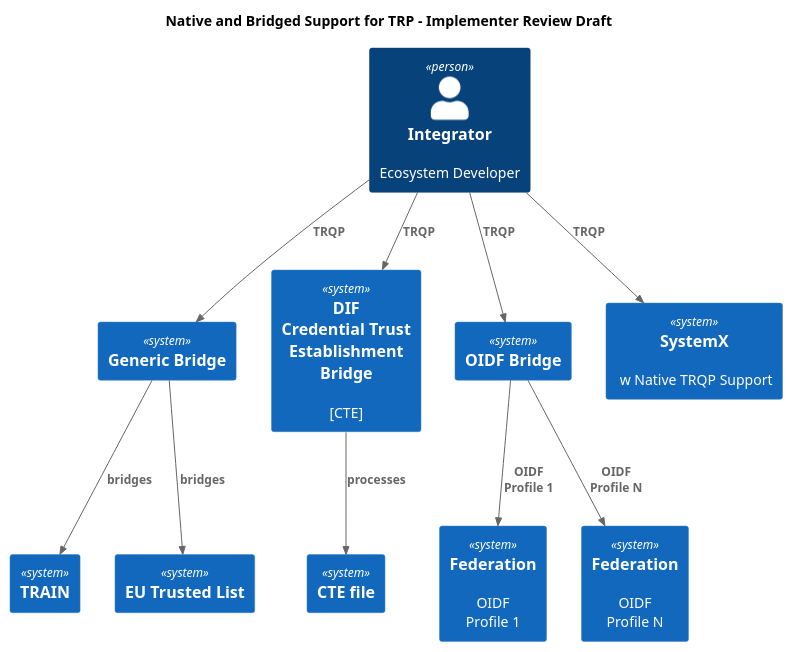
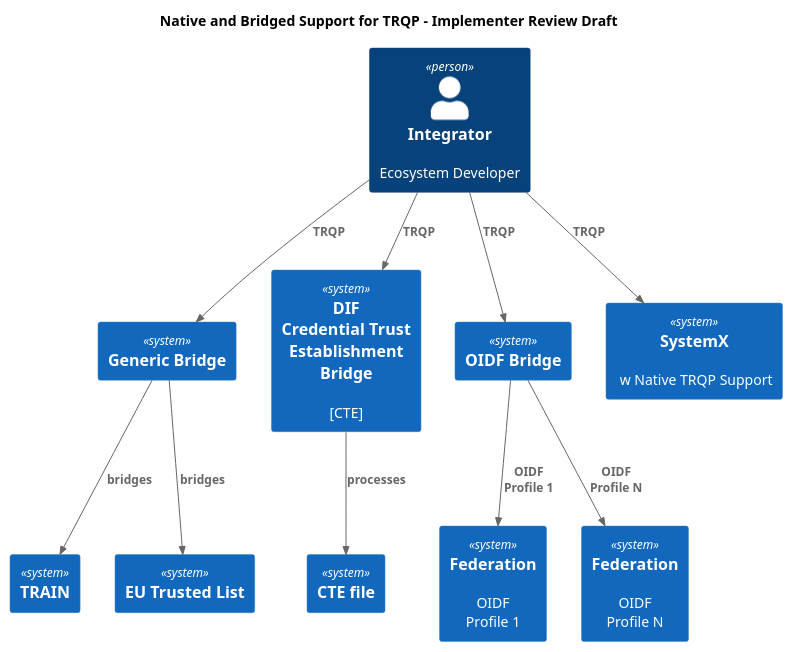
One commit to trustoverip/tswg-trust-registry-protocol changed the diagram in diagrams/protocol-bridging.plantuml. Above: the diagram before and after it, drawn with PlantUML. The commit also changed 8 other files, not shown here.

Commit message:
TRP->TRQP; fix .yaml links

```diff
--- a/diagrams/protocol-bridging.plantuml
+++ b/diagrams/protocol-bridging.plantuml
@@ -1,50 +1,50 @@
 @startuml
 !include https://raw.githubusercontent.com/plantuml-stdlib/C4-PlantUML/master/C4_Context.puml
 ' uncomment the following line and comment the first to use locally
 ' !include C4_Context.puml
 
 
-title Native and Bridged Support for TRP - Implementer Review Draft
+title Native and Bridged Support for TRQP - Implementer Review Draft
 
 Person(Integrator, "Integrator", "Ecosystem Developer")
 
 System(Bridge, "Generic Bridge")
 System(teBridge, "DIF \n Credential Trust Establishment \nBridge","[CTE]")
 
 System(oidcBridge, "OIDF Bridge")
 System(oidfData,"Federation","OIDF\nProfile 1")
 System(oidfDataN,"Federation","OIDF\nProfile N")
 Rel(Integrator, oidcBridge,"TRQP")
 Rel(oidcBridge,oidfData,"OIDF\nProfile 1")
 Rel(oidcBridge,oidfDataN,"OIDF\nProfile N")
 
 System(TRAIN, "TRAIN") 
 Rel(Bridge, TRAIN,"bridges")
 
 
 
 System(EUTrustedList, "EU Trusted List")
 System(NativeSupport, "SystemX"," w Native TRQP Support")
 
 
 
 System(teFile, "CTE file")
 
 Rel(teBridge, teFile,"processes")
 
 Rel(Integrator, Bridge, "TRQP")
 Rel(Integrator, teBridge, "TRQP")
 
 
 Rel(Bridge, EUTrustedList, "bridges")
 
 
 ' System(OpenDataBridge, "OpenData Bridge")
-' Rel(Integrator, OpenDataBridge,"TRP")
+' Rel(Integrator, OpenDataBridge,"TRQP")
 ' Rel(OpenDataBridge,NativeSupport,"ODPS")
 
 Rel(Integrator, NativeSupport,"TRQP")
 
 
 
 @enduml 
```
